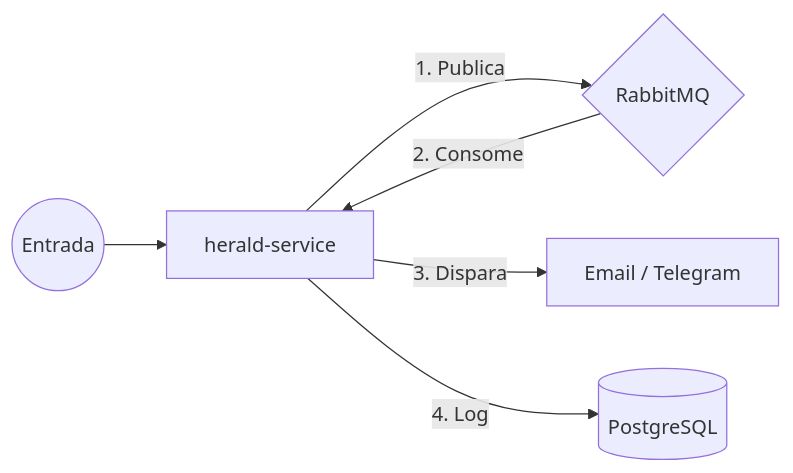
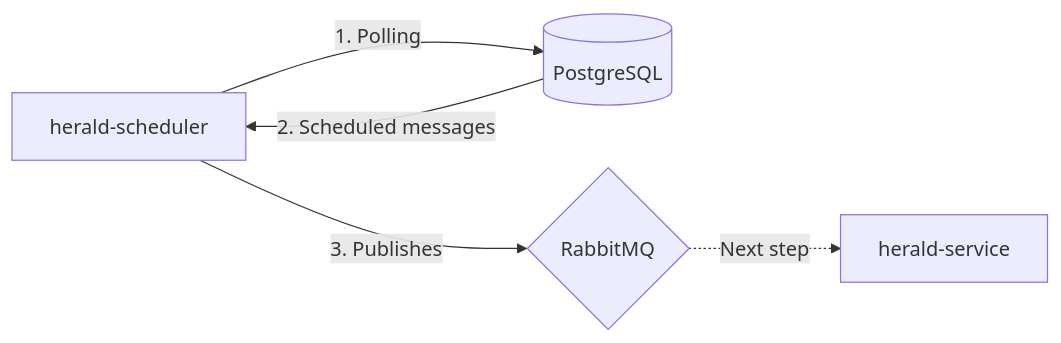
One commit to YuriOlivs/notification-system changed the second of 3 diagrams in README.md. Above: the diagram before and after it, drawn with Mermaid. The commit also changed other lines of this file, not shown here.

Commit message:
Update flow diagrams and section headers in README

````diff
--- a/README.md
+++ b/README.md
@@ -35,8 +35,7 @@
 ```mermaid
 graph LR
-    Input((Entrada)) --> Service[herald-service]
-    Service -->|1. Publica| RMQ{RabbitMQ}
-    RMQ -->|2. Consome| Service
-    Service -->|3. Dispara| Channels[Email / Telegram]
-    Service -->|4. Log| DB[(PostgreSQL)]
+    Sched[herald-scheduler] -->|1. Polling| DB[(PostgreSQL)]
+    DB -->|2. Scheduled messages| Sched
+    Sched -->|3. Publishes| RMQ{RabbitMQ}
+    RMQ -.->|Next step | Service[herald-service]
 ```
````
